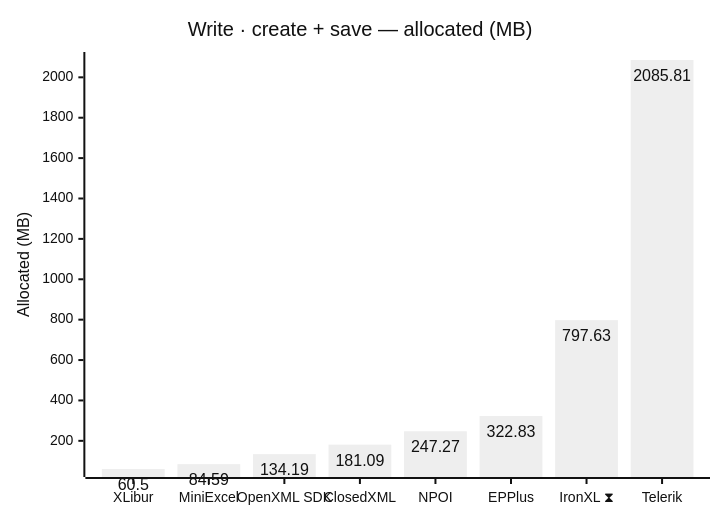
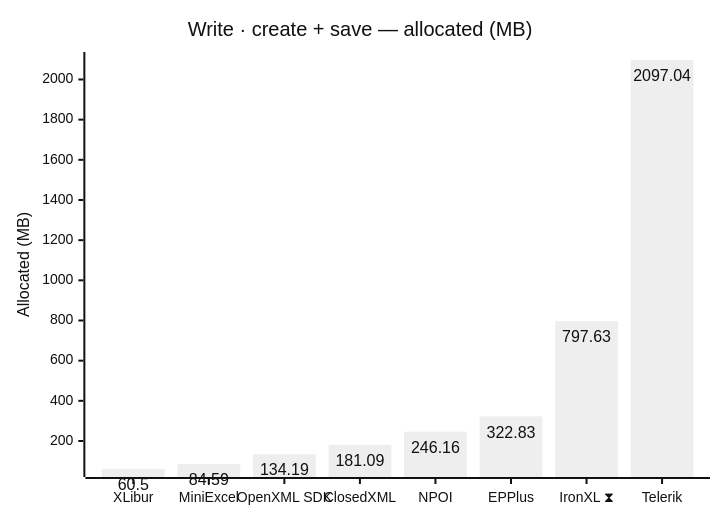
One commit to jafin/XLBench changed the sixth of 12 diagrams in docs/results.md. Above: the diagram before and after it, drawn with Mermaid (neutral theme). The commit also changed other lines of this file and 4 other files, not shown here.

````diff
--- a/docs/results.md
+++ b/docs/results.md
@@ -105,12 +105,12 @@
 ```mermaid
 ---
 config:
   xyChart:
     showDataLabel: true
 ---
 xychart-beta
     title "Write · create + save — allocated (MB)"
     x-axis ["XLibur", "MiniExcel", "OpenXML SDK", "ClosedXML", "NPOI", "EPPlus", "IronXL ⧗", "Telerik"]
     y-axis "Allocated (MB)"
-    bar [60.5, 84.59, 134.19, 181.09, 247.27, 322.83, 797.63, 2085.81]
+    bar [60.5, 84.59, 134.19, 181.09, 246.16, 322.83, 797.63, 2097.04]
 ```
````
